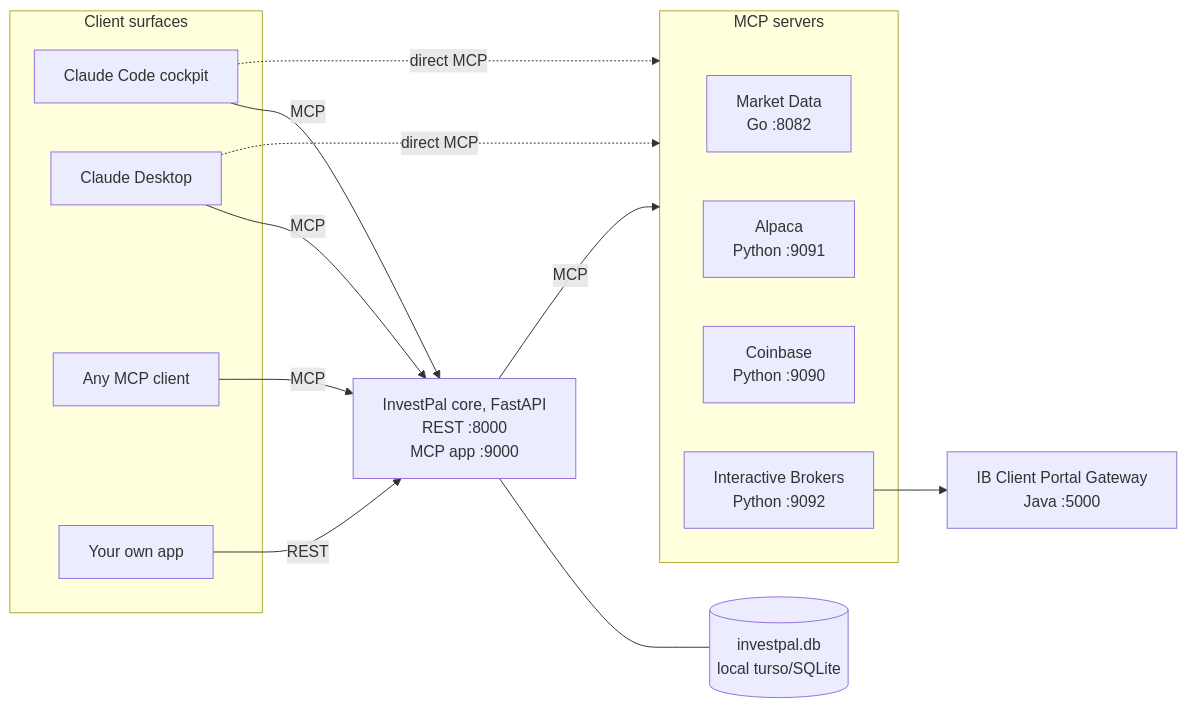
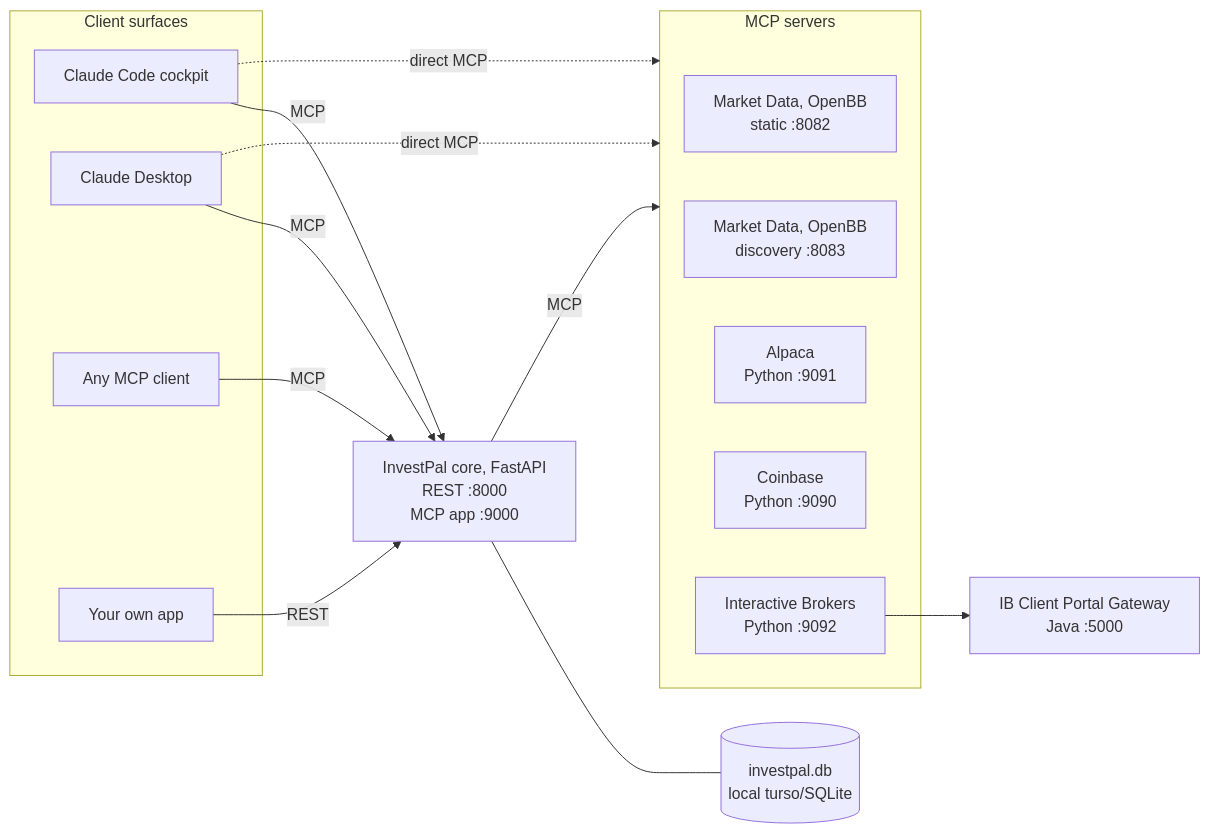
The diagram in docs/architecture.md (OrestisStefanou/InvestPalEcosystem), drawn with Mermaid before and after one commit. The commit also changed other lines of this file and 16 other files, not shown here.

````diff
--- a/docs/architecture.md
+++ b/docs/architecture.md
@@ -9,33 +9,34 @@
 ```mermaid
 flowchart LR
     subgraph clients["Client surfaces"]
         CC["Claude Code cockpit"]
         CD["Claude Desktop"]
         MCPC["Any MCP client"]
         OWN["Your own app"]
     end
 
     CORE["InvestPal core, FastAPI<br/>REST :8000<br/>MCP app :9000"]
     DB[("investpal.db<br/>local turso/SQLite")]
 
     subgraph servers["MCP servers"]
-        MD["Market Data<br/>Go :8082"]
+        MD["Market Data, OpenBB<br/>static :8082"]
+        MDD["Market Data, OpenBB<br/>discovery :8083"]
         AL["Alpaca<br/>Python :9091"]
         CB["Coinbase<br/>Python :9090"]
         IB["Interactive Brokers<br/>Python :9092"]
     end
 
     IBGW["IB Client Portal Gateway<br/>Java :5000"]
 
     CC -->|MCP| CORE
     CD -->|MCP| CORE
     MCPC -->|MCP| CORE
     OWN -->|REST| CORE
 
     CORE -->|MCP| servers
     CORE --- DB
     IB --> IBGW
 
     CC -.->|direct MCP| servers
     CD -.->|direct MCP| servers
 ```
````
